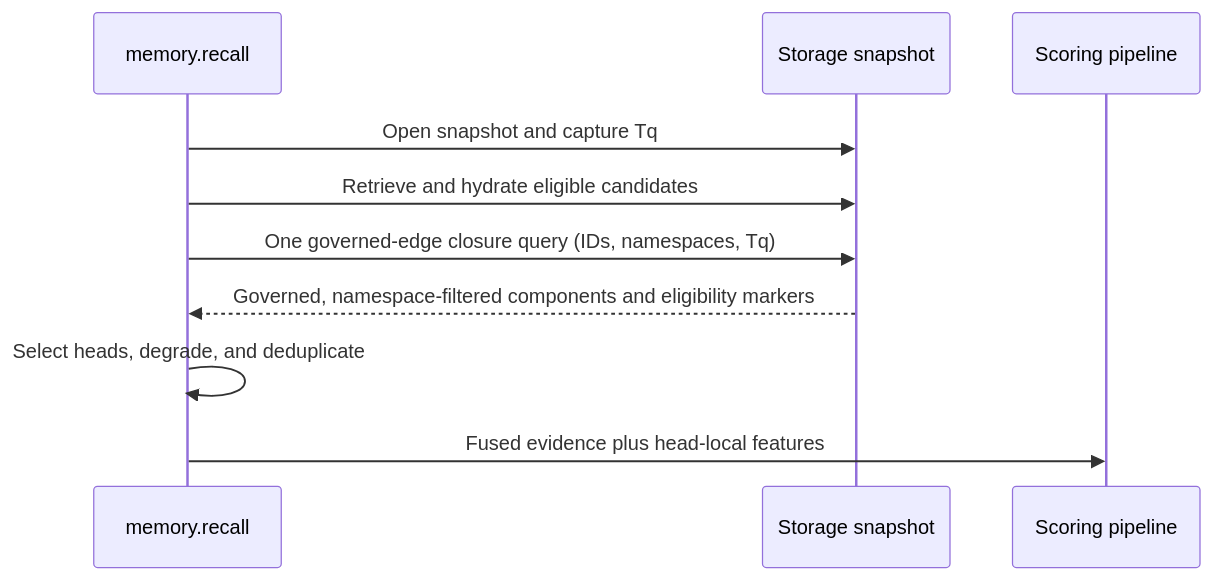
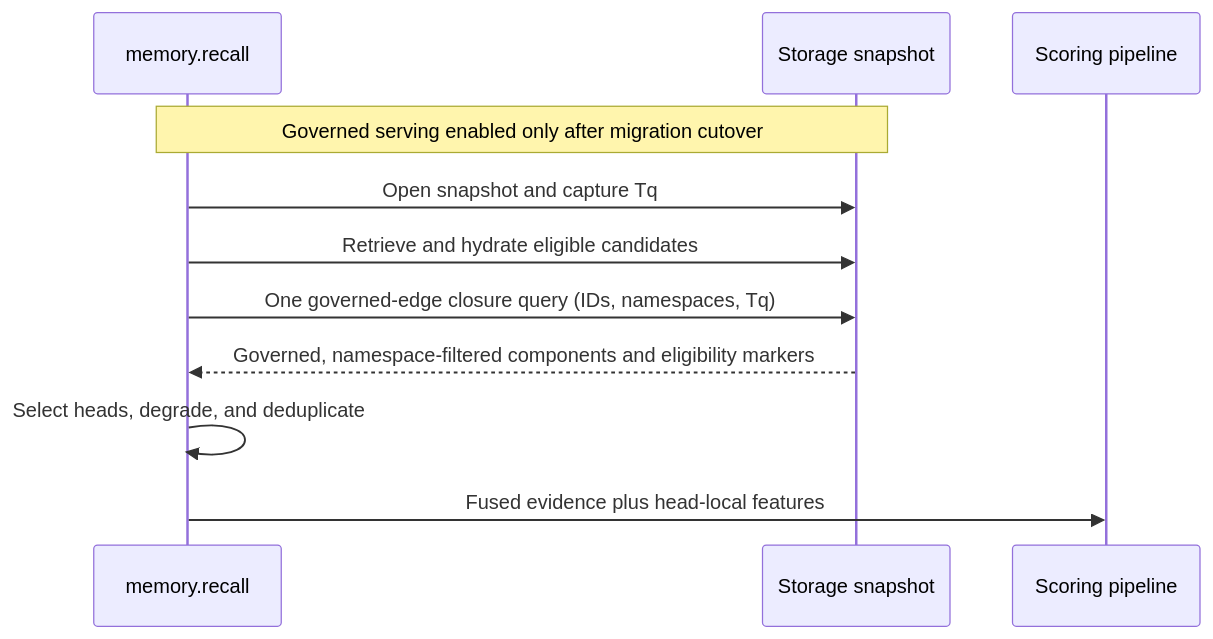
The second of 2 diagrams in docs/adr/ADR-157-supersession-chain-canonicalization.md (ohdearquant/khive), drawn with Mermaid before and after one commit. The commit also changed other lines of this file, not shown here.

Commit message:
docs(adr): immutable ownership attribution and legacy-edge migration for supersession canonicalization (ADR-157)

````diff
--- a/docs/adr/ADR-157-supersession-chain-canonicalization.md
+++ b/docs/adr/ADR-157-supersession-chain-canonicalization.md
@@ -257,12 +379,13 @@
 ```mermaid
 sequenceDiagram
   participant Recall as memory.recall
   participant Store as Storage snapshot
   participant Score as Scoring pipeline
+  Note over Recall,Store: Governed serving enabled only after migration cutover
   Recall->>Store: Open snapshot and capture Tq
   Recall->>Store: Retrieve and hydrate eligible candidates
   Recall->>Store: One governed-edge closure query (IDs, namespaces, Tq)
   Store-->>Recall: Governed, namespace-filtered components and eligibility markers
   Recall->>Recall: Select heads, degrade, and deduplicate
   Recall->>Score: Fused evidence plus head-local features
 ```
````
